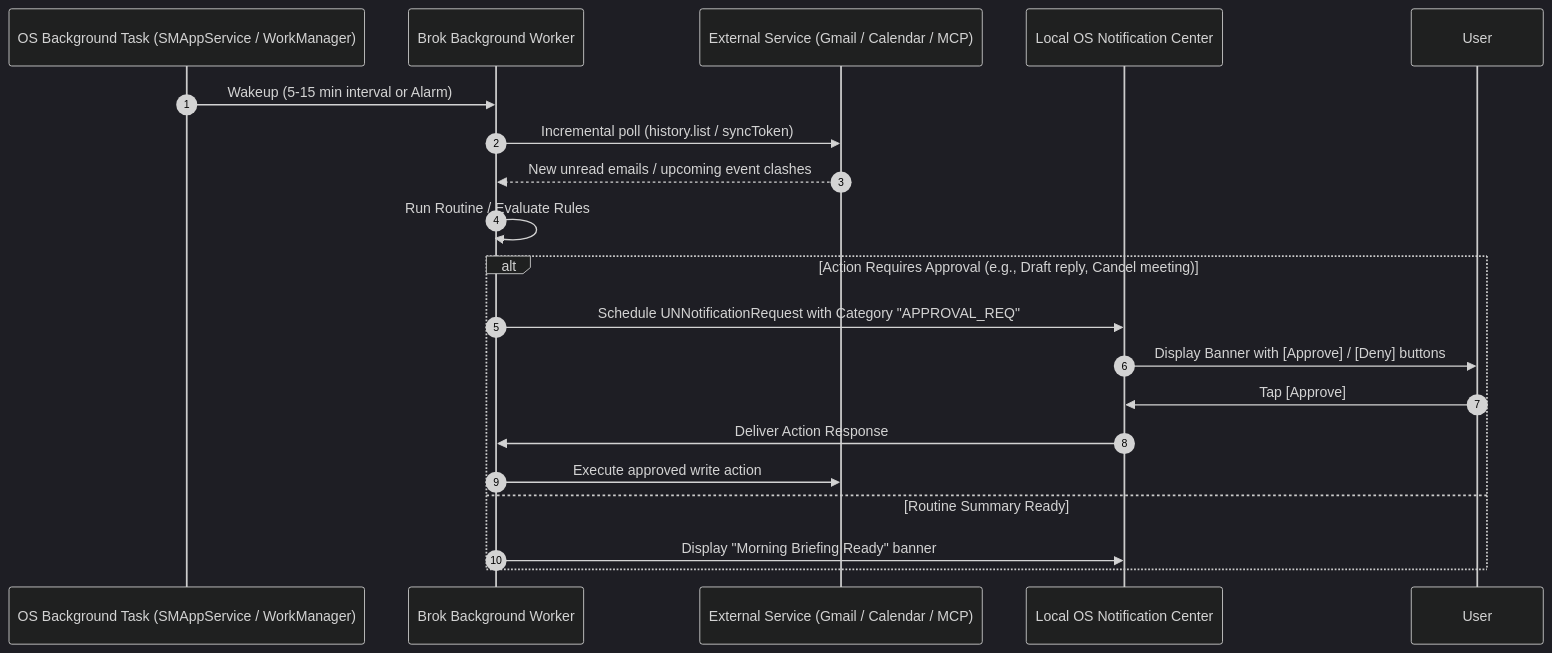
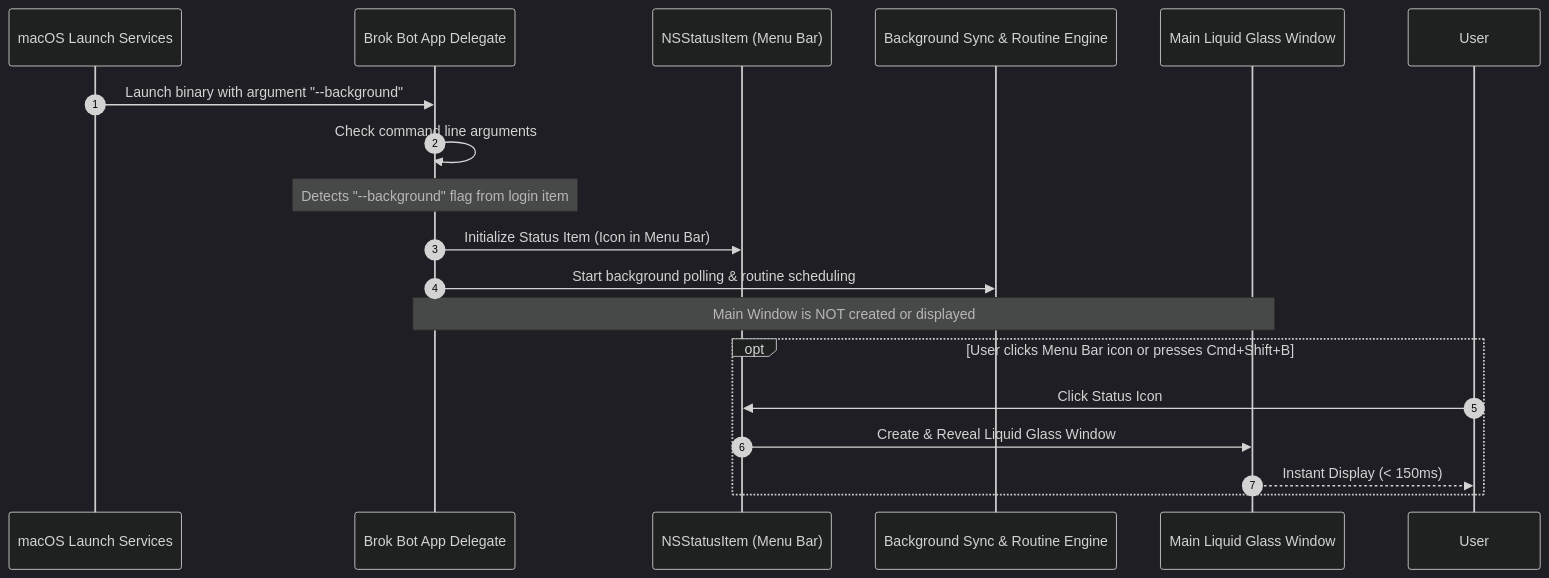
The third of 4 diagrams in docs/IMPLEMENTATION_PLAN.md (sam-eer12/prod), drawn with Mermaid (dark theme) before and after one commit. The commit also changed other lines of this file and 2 other files, not shown here.

Commit message:
refactor: add dual-space context management, headless login daemon, and compute settings to architecture docs and README

````diff
--- a/docs/IMPLEMENTATION_PLAN.md
+++ b/docs/IMPLEMENTATION_PLAN.md
@@ -280,23 +360,22 @@
 ```mermaid
 sequenceDiagram
     autonumber
-    participant OS as OS Background Task (SMAppService / WorkManager)
-    participant Engine as Brok Background Worker
-    participant API as External Service (Gmail / Calendar / MCP)
-    participant Notif as Local OS Notification Center
-    participant User as User
+    participant macOS as macOS Launch Services
+    participant App as Brok Bot App Delegate
+    participant MenuBar as NSStatusItem (Menu Bar)
+    participant Worker as Background Sync & Routine Engine
+    participant Window as Main Liquid Glass Window
 
-    OS->>Engine: Wakeup (5-15 min interval or Alarm)
-    Engine->>API: Incremental poll (history.list / syncToken)
-    API-->>Engine: New unread emails / upcoming event clashes
-    Engine->>Engine: Run Routine / Evaluate Rules
-    alt Action Requires Approval (e.g., Draft reply, Cancel meeting)
-        Engine->>Notif: Schedule UNNotificationRequest with Category "APPROVAL_REQ"
-        Notif->>User: Display Banner with [Approve] / [Deny] buttons
-        User->>Notif: Tap [Approve]
-        Notif->>Engine: Deliver Action Response
-        Engine->>API: Execute approved write action
-    else Routine Summary Ready
-        Engine->>Notif: Display "Morning Briefing Ready" banner
+    macOS->>App: Launch binary with argument "--background"
+    App->>App: Check command line arguments
+    Note over App: Detects "--background" flag from login item
+    App->>MenuBar: Initialize Status Item (Icon in Menu Bar)
+    App->>Worker: Start background polling & routine scheduling
+    Note over App,Window: Main Window is NOT created or displayed
+    
+    opt User clicks Menu Bar icon or presses Cmd+Shift+B
+        User->>MenuBar: Click Status Icon
+        MenuBar->>Window: Create & Reveal Liquid Glass Window
+        Window-->>User: Instant Display (< 150ms)
     end
 ```
````
